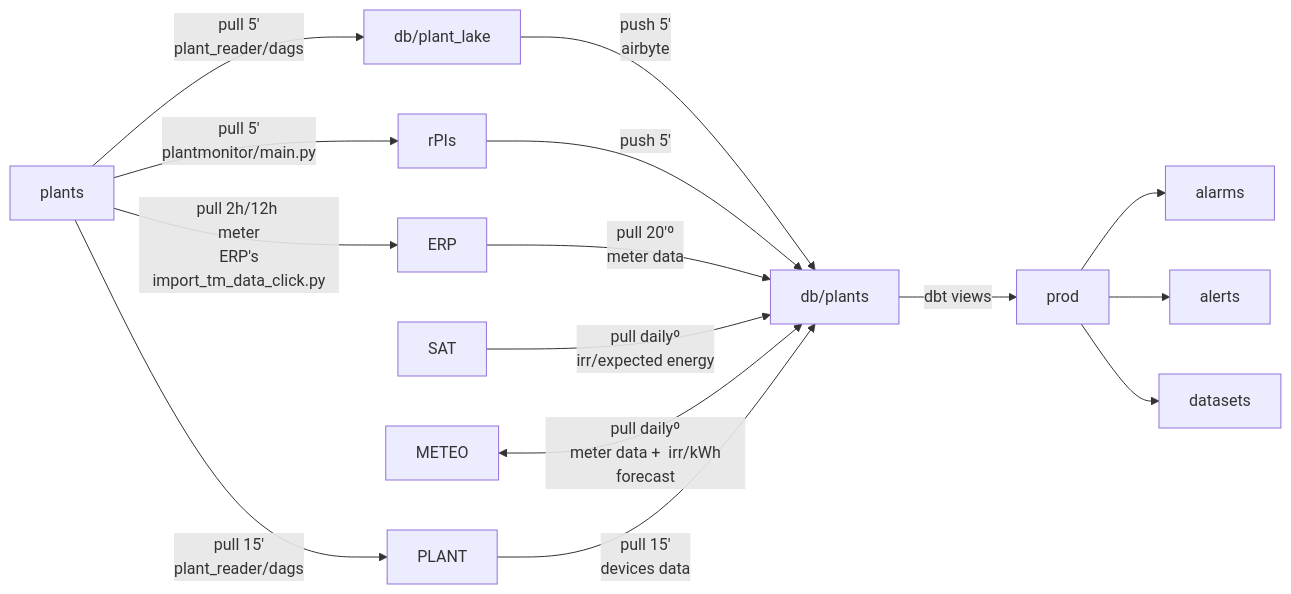
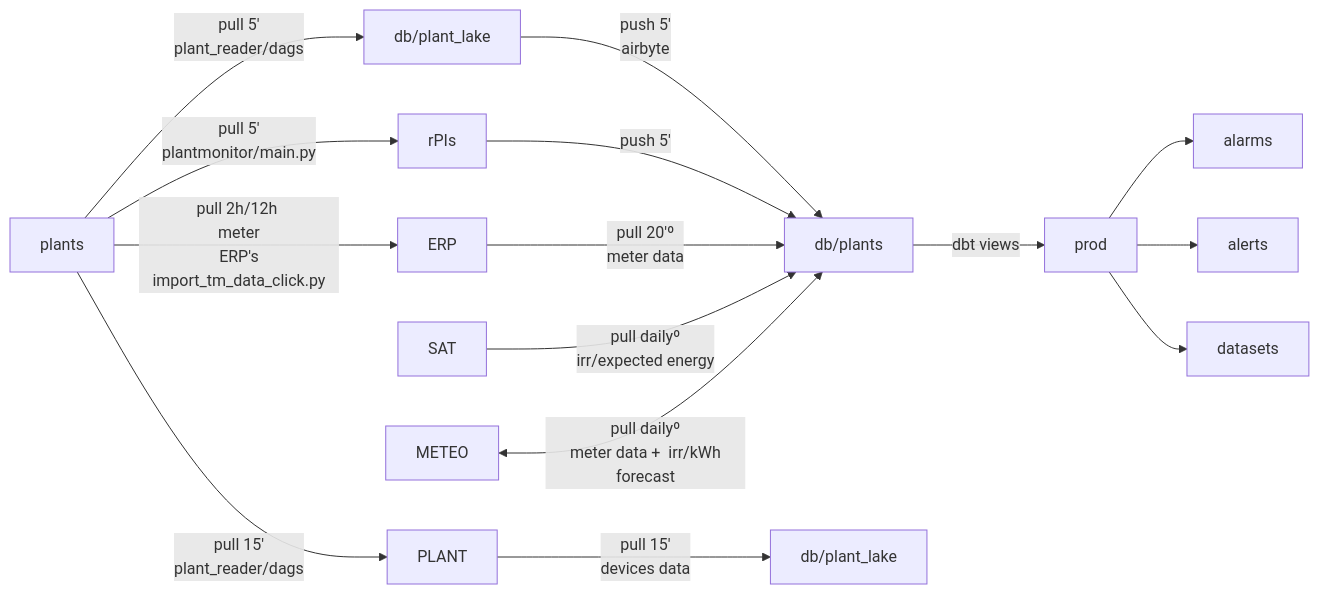
One commit to Som-Energia/somenergia-jardiner changed the first of 2 diagrams in docs/desenvolupadors/2023-06-10-overview-devs.md. Above: the diagram before and after it, drawn with Mermaid. The commit also changed other lines of this file and 2 other files, not shown here.

````diff
--- a/docs/desenvolupadors/2023-06-10-overview-devs.md
+++ b/docs/desenvolupadors/2023-06-10-overview-devs.md
@@ -44,18 +46,18 @@
 ```mermaid
 flowchart LR
 
 dw[db/plants]
 
 plants -- pull 5' \n plant_reader/dags --> lake[db/plant_lake]
 lake -- push 5' \n airbyte --> dw
 
 plants -- pull 5' \n plantmonitor/main.py --> rPIs -- push 5'  --> dw
 plants -- pull 2h/12h \n meter \n ERP's import_tm_data_click.py --> ERP -- pull 20'º\n meter data --> dw
 SAT -- pull dailyº\n irr/expected energy --> dw
 METEO <-- pull dailyº\n meter data +  irr/kWh forecast --> dw
-plants -- pull 15'\n plant_reader/dags --> PLANT -- pull 15'\n devices data --> dw
+plants -- pull 15'\n plant_reader/dags --> PLANT -- pull 15'\n devices data --> db/plant_lake
 
 dw -- dbt views --> prod --> alarms
 prod --> alerts
 prod --> datasets
 ```
````
